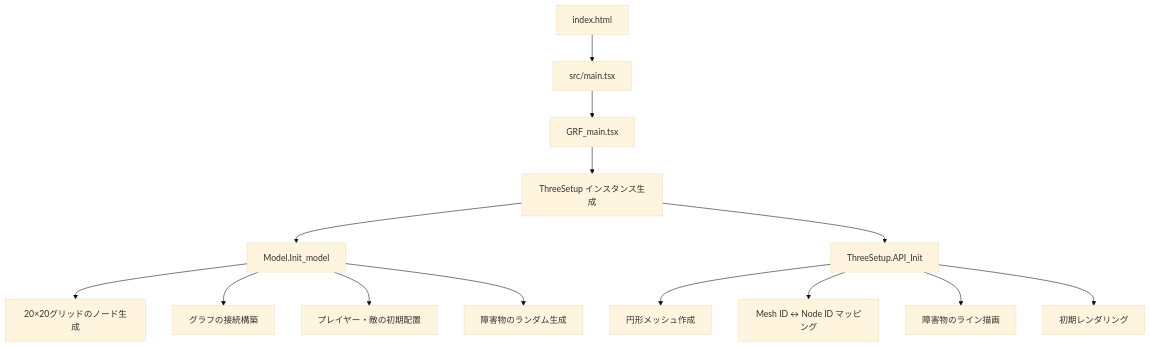
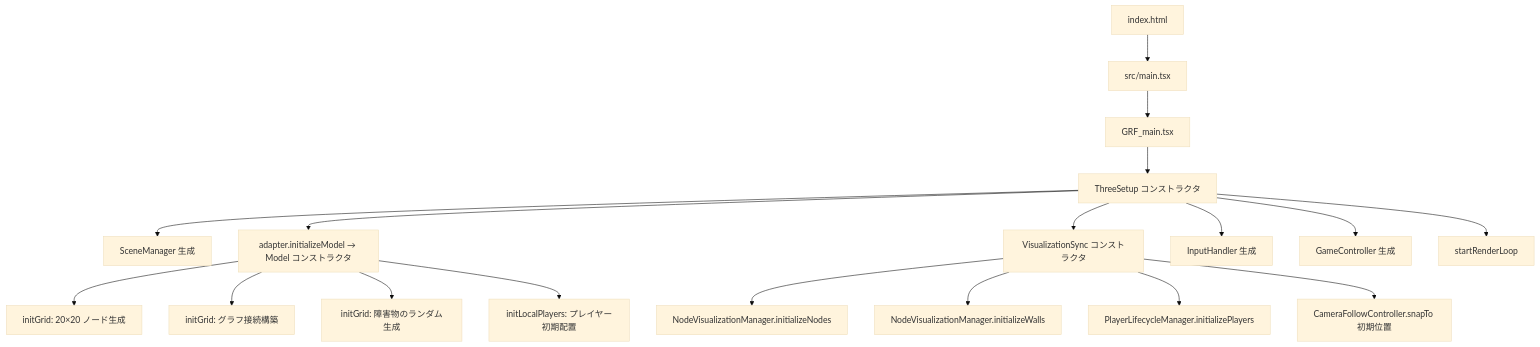
One commit to tamari-moto/2dFps changed the first of 5 diagrams in document/DATA_FLOW.md. Above: the diagram before and after it, drawn with Mermaid (base theme). The commit also changed other lines of this file and 2 other files, not shown here.

````diff
--- a/document/DATA_FLOW.md
+++ b/document/DATA_FLOW.md
@@ -53,16 +68,20 @@
 ```mermaid
 graph TD
     A[index.html] --> B[src/main.tsx]
     B --> C[GRF_main.tsx]
-    C --> D[ThreeSetup インスタンス生成]
-    D --> E[Model.Init_model]
-    E --> F[20×20グリッドのノード生成]
-    E --> G[グラフの接続構築]
-    E --> H[プレイヤー・敵の初期配置]
-    E --> I[障害物のランダム生成]
-    D --> J[ThreeSetup.API_Init]
-    J --> K[円形メッシュ作成]
-    J --> L[Mesh ID ↔ Node ID マッピング]
-    J --> M[障害物のライン描画]
-    J --> N[初期レンダリング]
+    C --> D[ThreeSetup コンストラクタ]
+    D --> E1[SceneManager 生成]
+    D --> E2[adapter.initializeModel → Model コンストラクタ]
+    E2 --> F1[initGrid: 20×20 ノード生成]
+    E2 --> F2[initGrid: グラフ接続構築]
+    E2 --> F3[initGrid: 障害物のランダム生成]
+    E2 --> F4[initLocalPlayers: プレイヤー初期配置]
+    D --> G[VisualizationSync コンストラクタ]
+    G --> G1[NodeVisualizationManager.initializeNodes]
+    G --> G2[NodeVisualizationManager.initializeWalls]
+    G --> G3[PlayerLifecycleManager.initializePlayers]
+    G --> G4[CameraFollowController.snapTo 初期位置]
+    D --> H[InputHandler 生成]
+    D --> I[GameController 生成]
+    D --> J[startRenderLoop]
 ```
````
